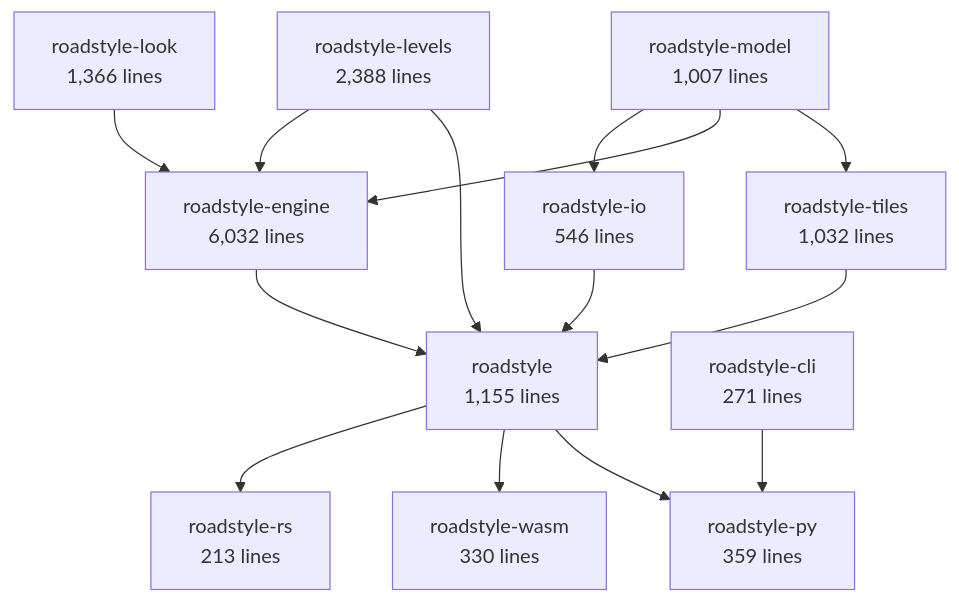
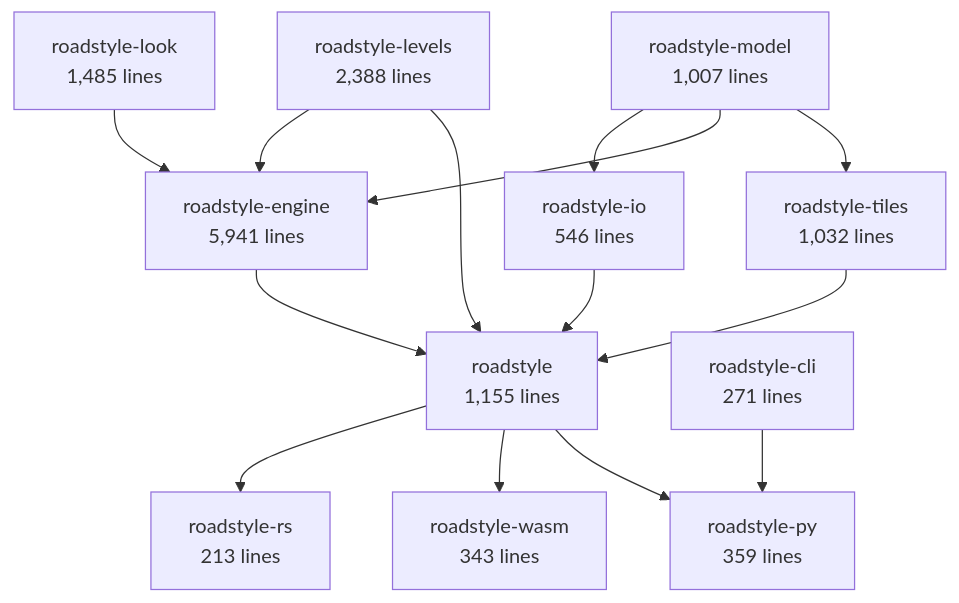
Before and after one commit to Khoshkhah/roadstyle: the second of 6 diagrams in docs/rust/architecture.md, drawn with Mermaid. The commit also changed other lines of this file and 8 other files, not shown here.

````diff
--- a/docs/rust/architecture.md
+++ b/docs/rust/architecture.md
@@ -69,27 +69,27 @@
 ```mermaid
 flowchart TB
     roadstyle_model["roadstyle-model<br/>1,007 lines"]
-    roadstyle_look["roadstyle-look<br/>1,366 lines"]
+    roadstyle_look["roadstyle-look<br/>1,485 lines"]
     roadstyle_io["roadstyle-io<br/>546 lines"]
     roadstyle_levels["roadstyle-levels<br/>2,388 lines"]
-    roadstyle_engine["roadstyle-engine<br/>6,032 lines"]
+    roadstyle_engine["roadstyle-engine<br/>5,941 lines"]
     roadstyle_tiles["roadstyle-tiles<br/>1,032 lines"]
     roadstyle["roadstyle<br/>1,155 lines"]
     roadstyle_rs["roadstyle-rs<br/>213 lines"]
-    roadstyle_wasm["roadstyle-wasm<br/>330 lines"]
+    roadstyle_wasm["roadstyle-wasm<br/>343 lines"]
     roadstyle_py["roadstyle-py<br/>359 lines"]
     roadstyle_cli["roadstyle-cli<br/>271 lines"]
     roadstyle_model --> roadstyle_io
     roadstyle_levels --> roadstyle_engine
     roadstyle_look --> roadstyle_engine
     roadstyle_model --> roadstyle_engine
     roadstyle_model --> roadstyle_tiles
     roadstyle_engine --> roadstyle
     roadstyle_io --> roadstyle
     roadstyle_levels --> roadstyle
     roadstyle_tiles --> roadstyle
     roadstyle --> roadstyle_rs
     roadstyle --> roadstyle_wasm
     roadstyle --> roadstyle_py
     roadstyle_cli --> roadstyle_py
 ```
````
